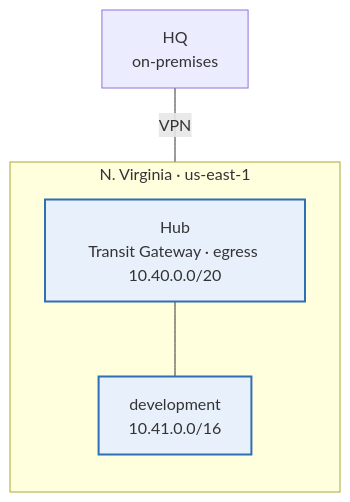
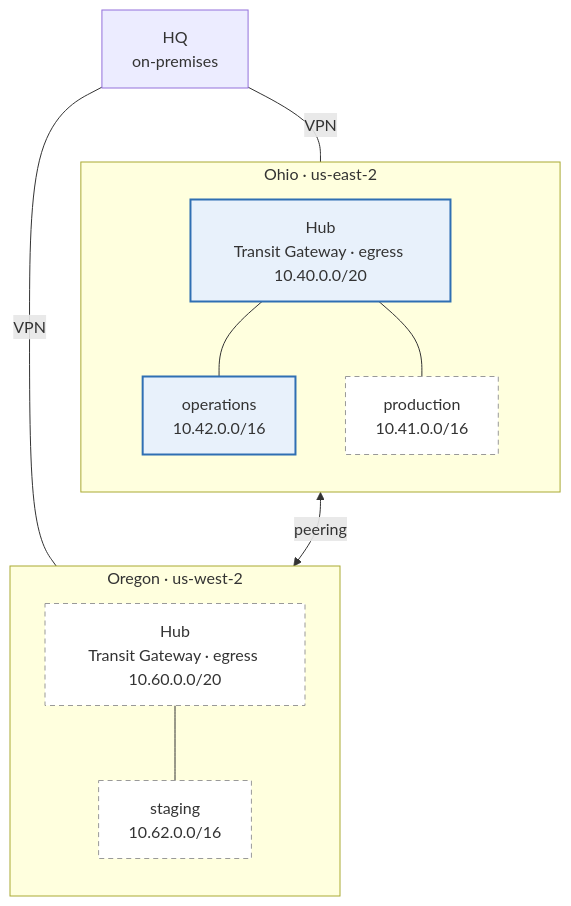
Before and after one commit to justin-samuel12/terraform-aws-scaffold: the diagram in docs/diagram.md, drawn with Mermaid. The commit also changed other lines of this file and 440 other files, not shown here.

````diff
--- a/docs/diagram.md
+++ b/docs/diagram.md
@@ -6,13 +6,23 @@
 ```mermaid
 flowchart TB
   hq["HQ<br/>on-premises"]
-  subgraph us_east_1["N. Virginia · us-east-1"]
+  subgraph us_east_2["Ohio · us-east-2"]
     direction TB
-    hub_us_east_1["Hub<br/>Transit Gateway · egress 10.40.0.0/20"]:::built
-    development_us_east_1["development<br/>10.41.0.0/16"]:::built
+    hub_us_east_2["Hub<br/>Transit Gateway · egress 10.40.0.0/20"]:::built
+    operations_us_east_2["operations<br/>10.42.0.0/16"]:::built
+    production_us_east_2["production<br/>10.41.0.0/16"]:::planned
   end
-  hq ---|VPN| hub_us_east_1
-  hub_us_east_1 --- development_us_east_1
+  subgraph us_west_2["Oregon · us-west-2"]
+    direction TB
+    hub_us_west_2["Hub<br/>Transit Gateway · egress 10.60.0.0/20"]:::planned
+    staging_us_west_2["staging<br/>10.62.0.0/16"]:::planned
+  end
+  hq ---|VPN| hub_us_east_2
+  hub_us_east_2 --- operations_us_east_2
+  hub_us_east_2 --- production_us_east_2
+  hq ---|VPN| hub_us_west_2
+  hub_us_west_2 --- staging_us_west_2
+  hub_us_east_2 <-->|peering| hub_us_west_2
   classDef built fill:#e8f1fb,stroke:#2f6fb3,stroke-width:2px
   classDef planned fill:#ffffff,stroke:#999999,stroke-dasharray:5 4
 ```
````
